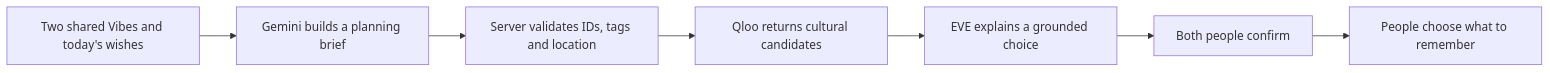
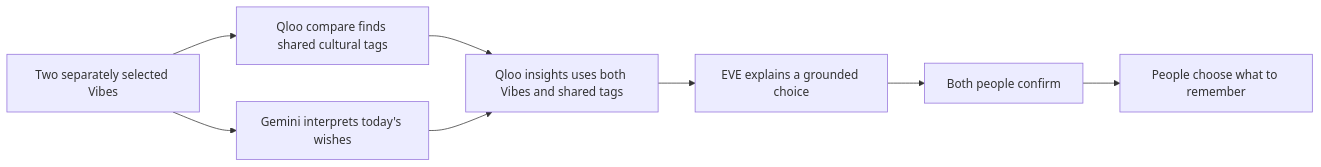
The diagram in README.md (Yidizhu/evervibe-app), drawn with Mermaid before and after one commit. The commit also changed other lines of this file and 14 other files, not shown here.

Commit message:
Connect Qloo shared-taste comparison and simplify visitor onboarding

````diff
--- a/README.md
+++ b/README.md
@@ -21,9 +20,10 @@
 ```mermaid
 flowchart LR
-    A[Two shared Vibes and today's wishes] --> B[Gemini builds a planning brief]
-    B --> C[Server validates IDs, tags and location]
-    C --> D[Qloo returns cultural candidates]
+    A[Two separately selected Vibes] --> B[Qloo compare finds shared cultural tags]
+    A --> C[Gemini interprets today's wishes]
+    B --> D[Qloo insights uses both Vibes and shared tags]
+    C --> D
     D --> E[EVE explains a grounded choice]
     E --> F[Both people confirm]
     F --> G[People choose what to remember]
 ```
````
